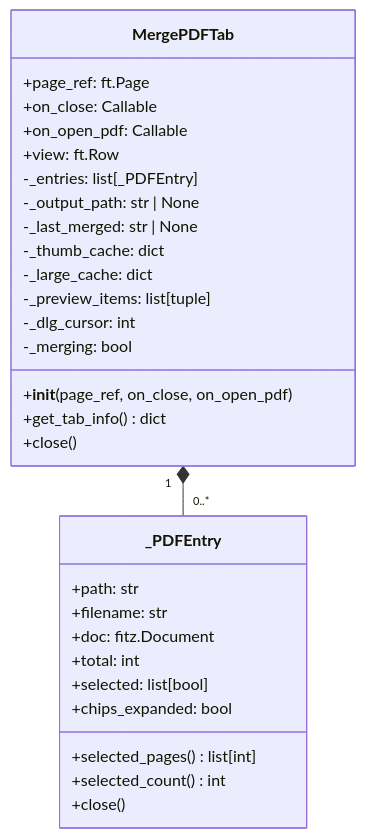
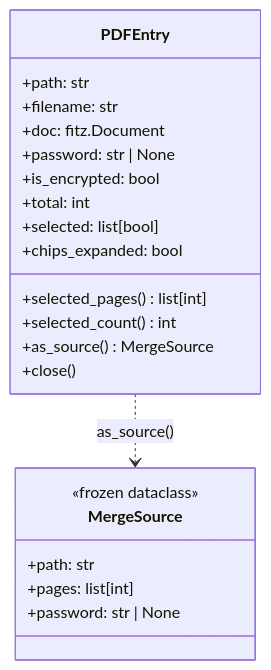
One commit to Mahynlo/pdf_manager changed the second of 8 diagrams in docs/combinar-pdf.md. Above: the diagram before and after it, drawn with Mermaid. The commit also changed other lines of this file and 10 other files, not shown here.

````diff
--- a/docs/combinar-pdf.md
+++ b/docs/combinar-pdf.md
@@ -39,34 +99,26 @@
 ```mermaid
 classDiagram
-    class MergePDFTab {
-        +page_ref: ft.Page
-        +on_close: Callable
-        +on_open_pdf: Callable
-        +view: ft.Row
-        -_entries: list[_PDFEntry]
-        -_output_path: str | None
-        -_last_merged: str | None
-        -_thumb_cache: dict
-        -_large_cache: dict
-        -_preview_items: list[tuple]
-        -_dlg_cursor: int
-        -_merging: bool
-        +__init__(page_ref, on_close, on_open_pdf)
-        +get_tab_info() dict
-        +close()
-    }
-
-    class _PDFEntry {
+    class PDFEntry {
         +path: str
         +filename: str
         +doc: fitz.Document
+        +password: str | None
+        +is_encrypted: bool
         +total: int
         +selected: list[bool]
         +chips_expanded: bool
         +selected_pages() list[int]
         +selected_count() int
+        +as_source() MergeSource
         +close()
     }
 
-    MergePDFTab "1" *-- "0..*" _PDFEntry
+    class MergeSource {
+        <<frozen dataclass>>
+        +path: str
+        +pages: list[int]
+        +password: str | None
+    }
+
+    PDFEntry ..> MergeSource : as_source()
 ```
````
